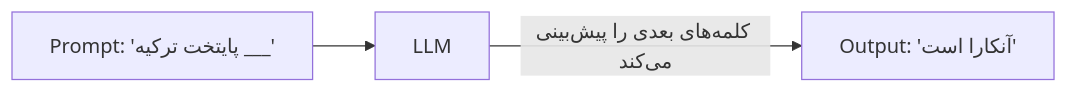
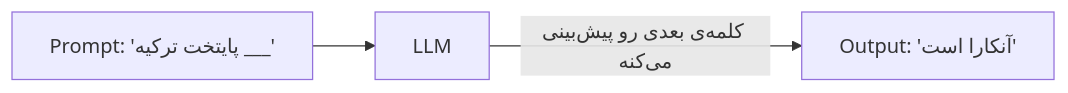
One commit to lokumai/ai-engineering-bazaar changed the first of 3 diagrams in mini-courses/1_fundamentals/llms_fa.md. Above: the diagram before and after it, drawn with Mermaid. The commit also changed other lines of this file and 63 other files, not shown here.

````diff
--- a/mini-courses/1_fundamentals/llms_fa.md
+++ b/mini-courses/1_fundamentals/llms_fa.md
@@ -13,5 +11,5 @@
 ```mermaid
 graph LR
     A["Prompt: 'پایتخت ترکیه ___'"] --> B[LLM]
-    B -->|کلمه‌های بعدی را پیش‌بینی می‌کند| C["Output: 'آنکارا است'"]
+    B -->|کلمه‌ی بعدی رو پیش‌بینی می‌کنه| C["Output: 'آنکارا است'"]
 ```
````
